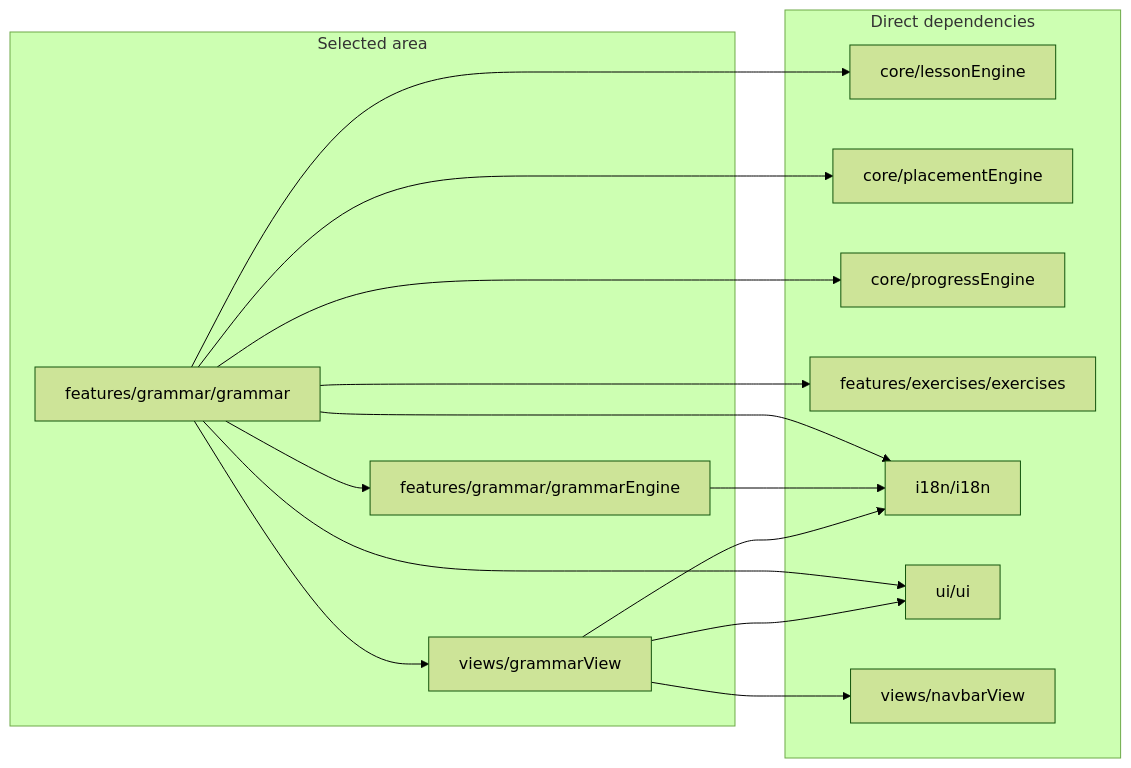
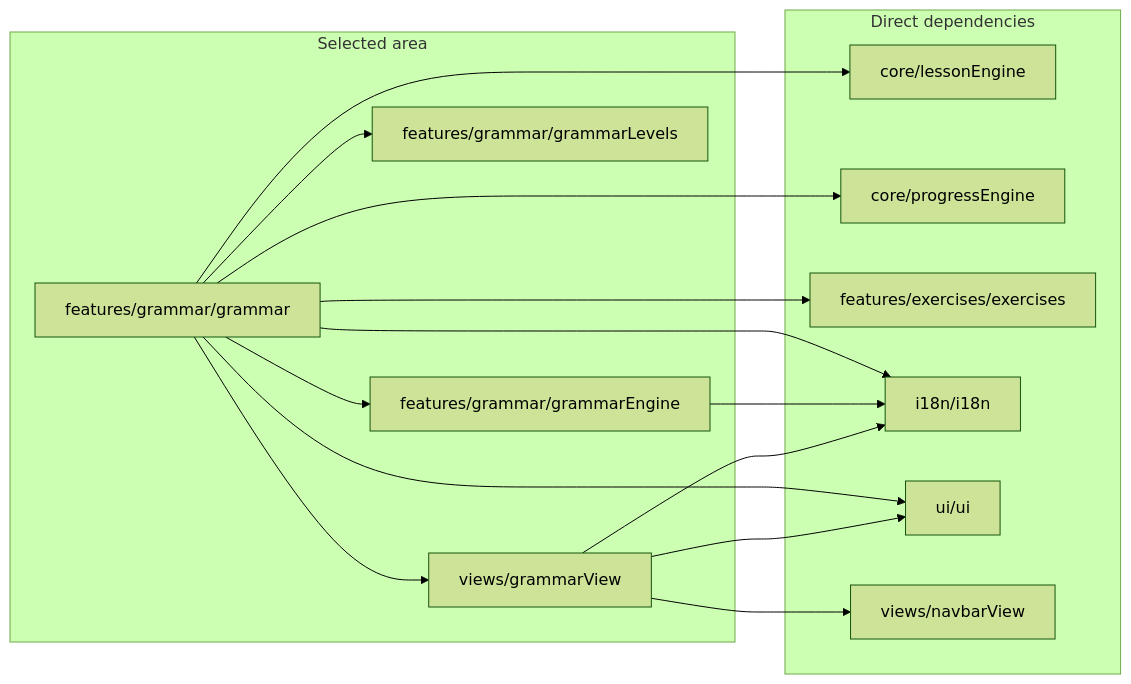
The fourth of 11 diagrams in docs/dependency-graph.md (temsahak-rgb/Dino-5monde), drawn with Mermaid (forest theme) before and after one commit. The commit also changed other lines of this file and 6 other files, not shown here.

````diff
--- a/docs/dependency-graph.md
+++ b/docs/dependency-graph.md
@@ -122,29 +122,29 @@
 ```mermaid
 flowchart LR
     subgraph S["Selected area"]
         M0["features/grammar/grammar"]
         M1["features/grammar/grammarEngine"]
-        M2["views/grammarView"]
+        M2["features/grammar/grammarLevels"]
+        M3["views/grammarView"]
     end
     subgraph D["Direct dependencies"]
-        M3["core/lessonEngine"]
-        M4["core/placementEngine"]
+        M4["core/lessonEngine"]
         M5["core/progressEngine"]
         M6["features/exercises/exercises"]
         M7["i18n/i18n"]
         M8["ui/ui"]
         M9["views/navbarView"]
     end
-    M0 --> M3
     M0 --> M4
     M0 --> M5
     M0 --> M6
     M0 --> M1
+    M0 --> M2
     M0 --> M7
     M0 --> M8
-    M0 --> M2
+    M0 --> M3
     M1 --> M7
-    M2 --> M7
-    M2 --> M8
-    M2 --> M9
+    M3 --> M7
+    M3 --> M8
+    M3 --> M9
 ```
````
